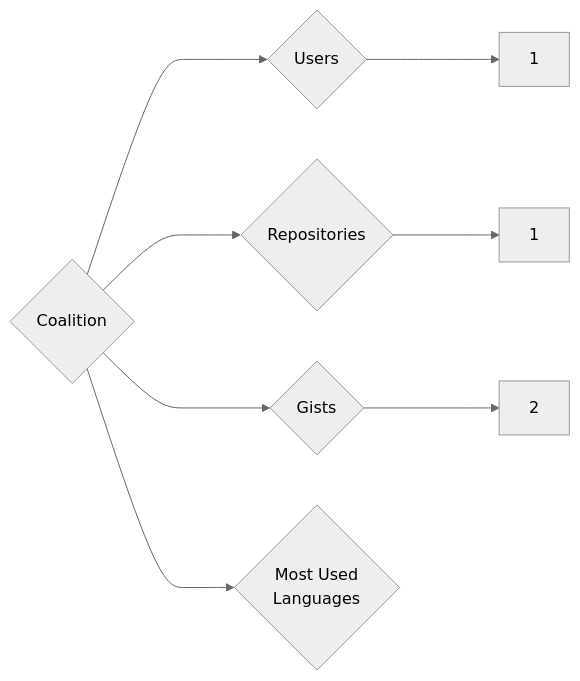
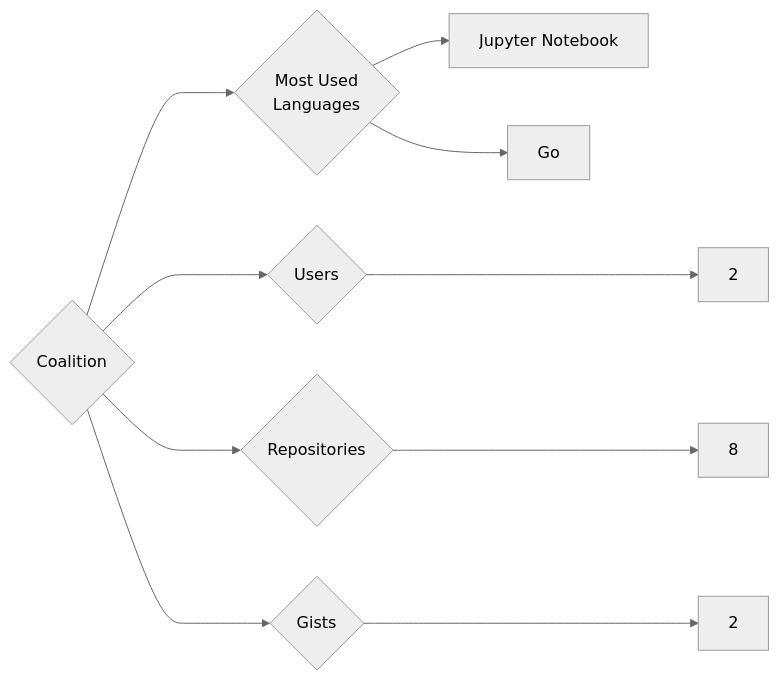
Before and after one commit to trickest/insiders: the diagram in targets/Coalition/README.md, drawn with Mermaid (neutral theme). The commit also changed 1088 other files, not shown here.

````diff
--- a/targets/Coalition/README.md
+++ b/targets/Coalition/README.md
@@ -3,8 +3,10 @@
 ```mermaid
 graph LR
 COMPANY_NAME{Coalition}
-COMPANY_NAME ---> U{Users} ---> UN[1]
-COMPANY_NAME ---> R{Repositories} ---> RN[1]
+COMPANY_NAME ---> U{Users} ---> UN[2]
+COMPANY_NAME ---> R{Repositories} ---> RN[8]
 COMPANY_NAME ---> G{Gists} ---> GN[2]
 COMPANY_NAME ---> ML{Most Used<br>Languages}
+ML --> Jupyter_Notebook[Jupyter Notebook]
+ML --> Go[Go]
 ```
````
